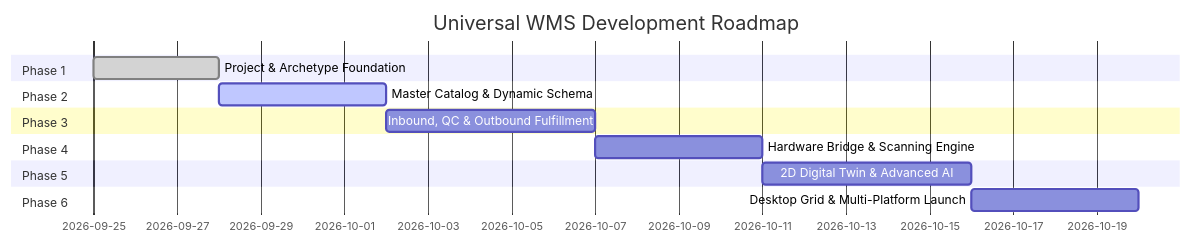
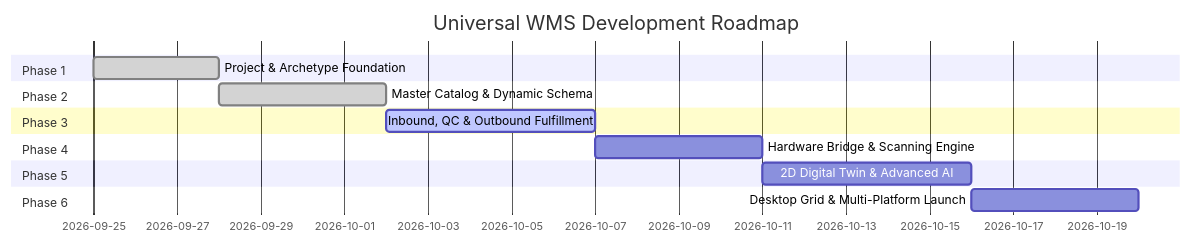
One commit to Nikhil-Yadav-01/uwp changed the diagram in ROADMAP.md. Above: the diagram before and after it, drawn with Mermaid. The commit also changed other lines of this file and 4 other files, not shown here.

````diff
--- a/ROADMAP.md
+++ b/ROADMAP.md
@@ -7,17 +7,17 @@
 ```mermaid
 gantt
     title Universal WMS Development Roadmap
     dateFormat  YYYY-MM-DD
     section Phase 1
     Project & Archetype Foundation       :done,    p1, 2026-09-25, 3d
     section Phase 2
-    Master Catalog & Dynamic Schema     :active,  p2, after p1, 4d
+    Master Catalog & Dynamic Schema     :done,    p2, after p1, 4d
     section Phase 3
-    Inbound, QC & Outbound Fulfillment  :         p3, after p2, 5d
+    Inbound, QC & Outbound Fulfillment  :active,  p3, after p2, 5d
     section Phase 4
     Hardware Bridge & Scanning Engine   :         p4, after p3, 4d
     section Phase 5
     2D Digital Twin & Advanced AI       :         p5, after p4, 5d
     section Phase 6
     Desktop Grid & Multi-Platform Launch:         p6, after p5, 4d
 ```
````
